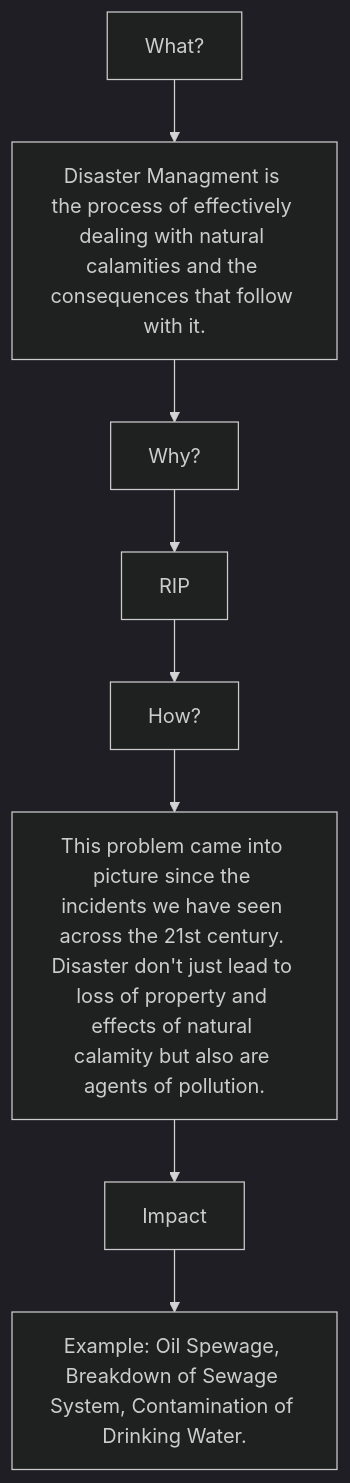
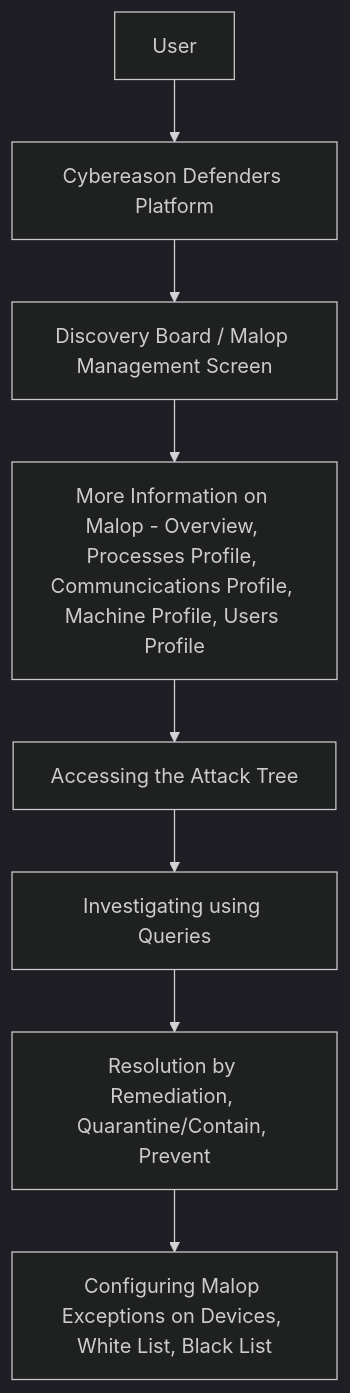
The diagram in flowchart2.md (SivaaB/File_Leak_Detection), drawn with Mermaid (dark theme) before and after one commit.

````diff
--- a/flowchart2.md
+++ b/flowchart2.md
@@ -1,10 +1,10 @@
 ```mermaid
 graph TD
-A[What?] --> B[Disaster Managment is the process of effectively dealing with natural calamities and the consequences that follow with it.]
-B --> C[Why?] 
-C --> D[RIP]
-D --> E[How?]
-E --> F[This problem came into picture since the incidents we have seen across the 21st century. Disaster don't just lead to loss of property and effects of natural calamity but also are agents of pollution.]
-F --> G[Impact]
-G --> H[Example: Oil Spewage, Breakdown of Sewage System, Contamination of Drinking Water.]
+O[User] --> A
+A[Cybereason Defenders Platform] --> B[Discovery Board / Malop Management Screen]
+B --> C[More Information on Malop - Overview, Processes Profile, Communcications Profile, Machine Profile, Users Profile] 
+C --> D[Accessing the Attack Tree]
+D --> E[Investigating using Queries]
+E --> F[Resolution by Remediation, Quarantine/Contain, Prevent]
+F --> G[Configuring Malop Exceptions on Devices, White List, Black List]
  ```
````
